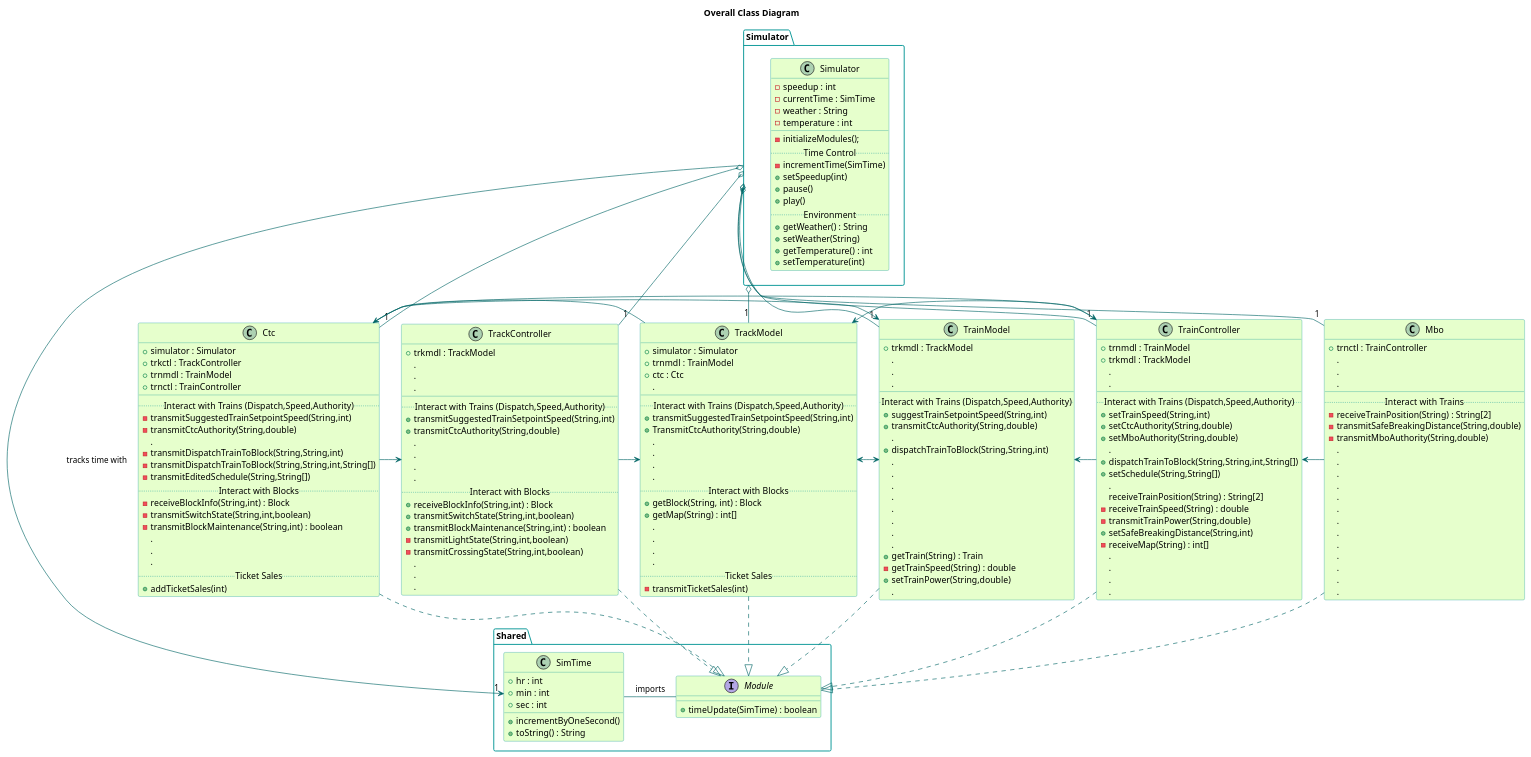
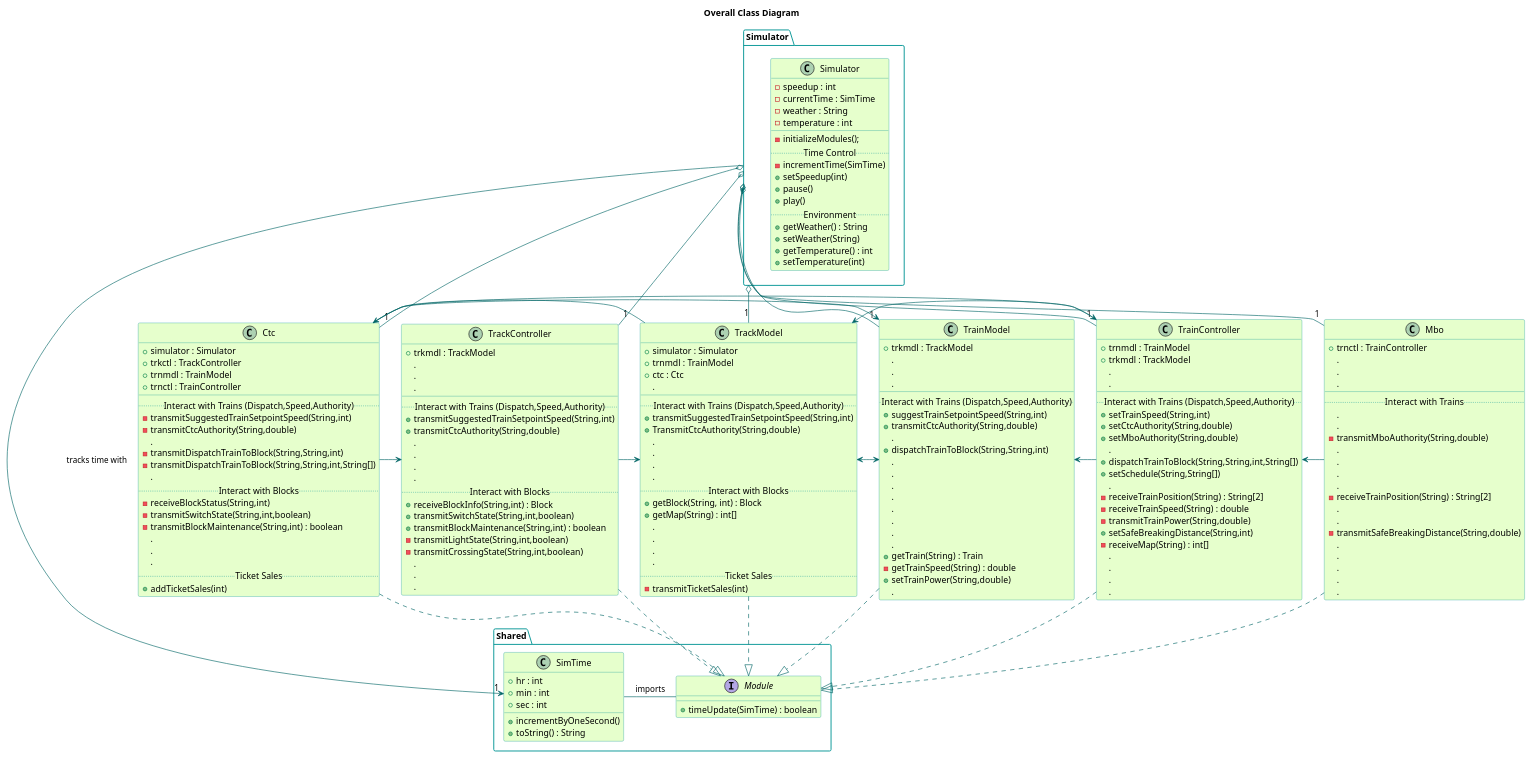
The diagram in TrainSystem/yUML/Class Diagrams/OverallClassDiagram.pu (kevingilboy/COE1186), drawn with PlantUML before and after one commit. The commit also changed 3 other files, not shown here.

```diff
--- a/TrainSystem/yUML/Class Diagrams/OverallClassDiagram.pu
+++ b/TrainSystem/yUML/Class Diagrams/OverallClassDiagram.pu
@@ -52,9 +52,9 @@
   .
   -transmitDispatchTrainToBlock(String,String,int)
   -transmitDispatchTrainToBlock(String,String,int,String[])
-    -transmitEditedSchedule(String,String[])
+  .
   ..Interact with Blocks..
-  -receiveBlockInfo(String,int) : Block
+  -receiveBlockStatus(String,int)
   -transmitSwitchState(String,int,boolean)
   -transmitBlockMaintenance(String,int) : boolean
   .
@@ -147,7 +147,7 @@
   +dispatchTrainToBlock(String,String,int,String[])
   +setSchedule(String,String[])
   .
-  receiveTrainPosition(String) : String[2]
+  -receiveTrainPosition(String) : String[2]
   -receiveTrainSpeed(String) : double
   -transmitTrainPower(String,double)
   +setSafeBreakingDistance(String,int)
@@ -164,17 +164,17 @@
   .
   __
   ..Interact with Trains..
-  -receiveTrainPosition(String) : String[2]
-  -transmitSafeBreakingDistance(String,double)
+  .
+  .
   -transmitMboAuthority(String,double)
   .
   .
   .
   .
+  -receiveTrainPosition(String) : String[2]
   .
   .
-  .
-  .
+  -transmitSafeBreakingDistance(String,double)
   .
   .
   .
```
